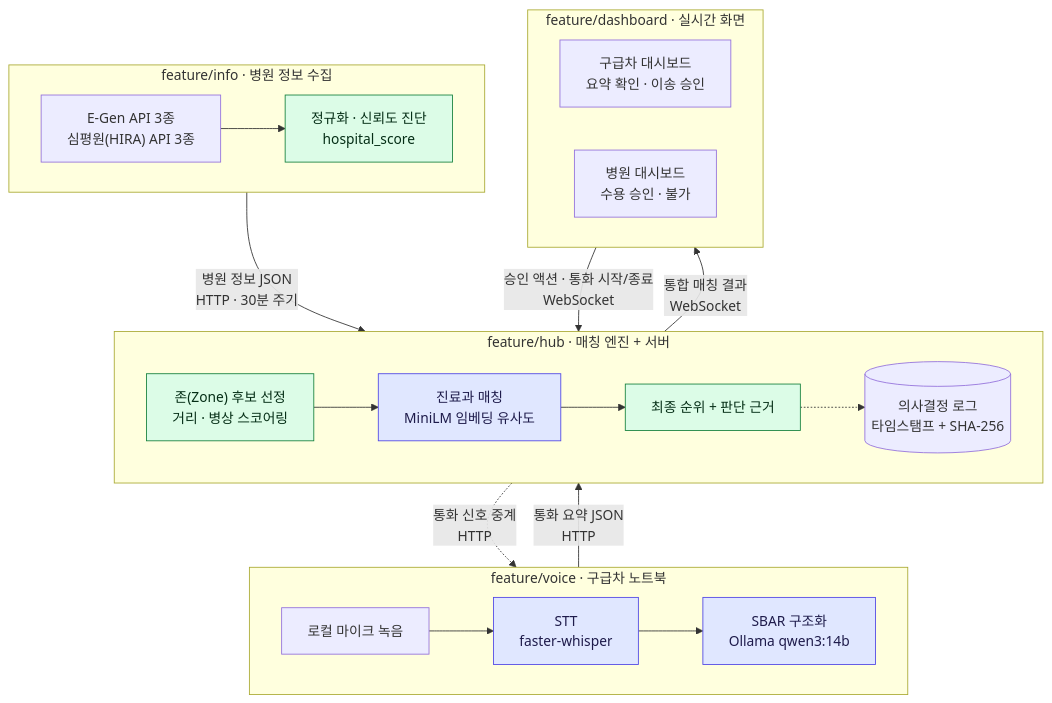
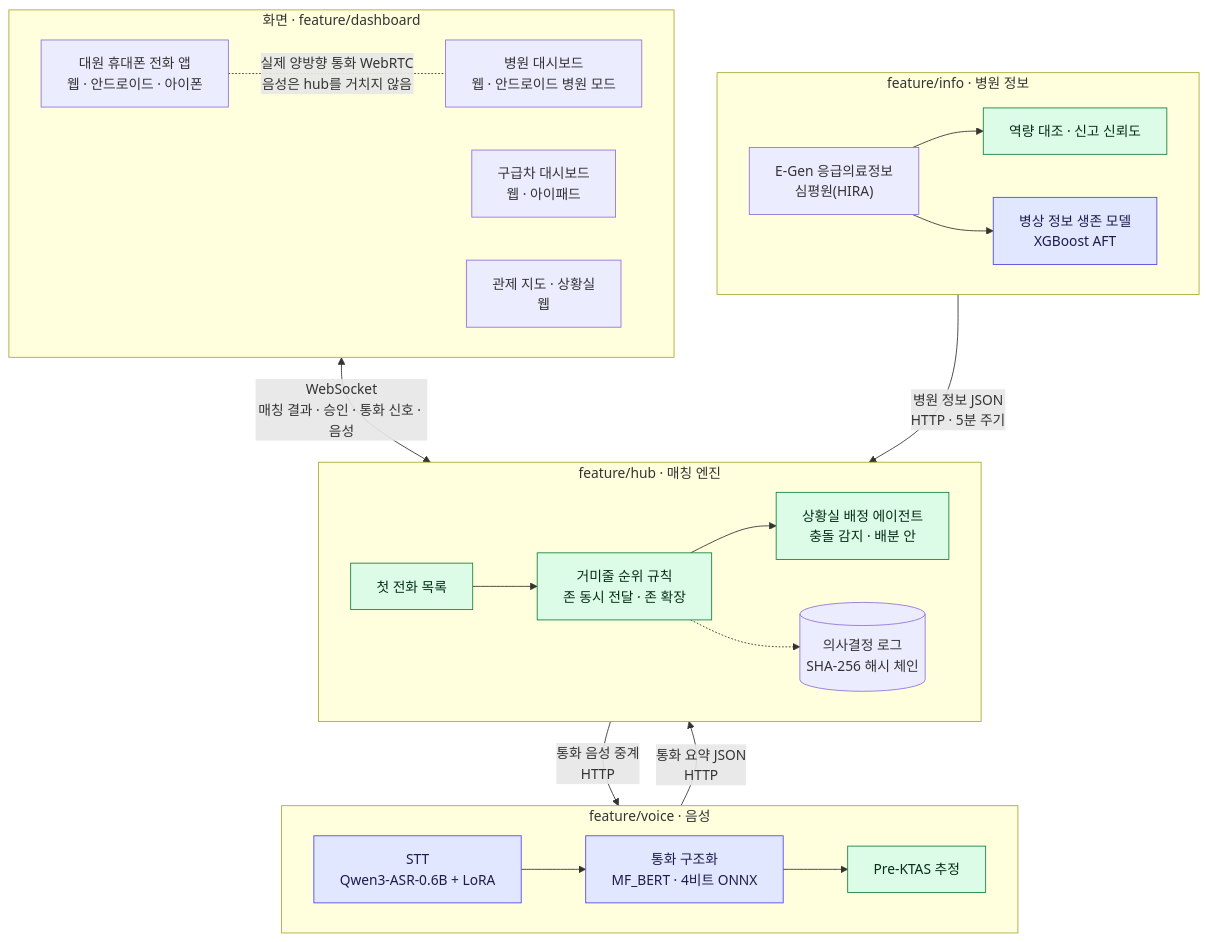
One commit to podongchip-stack/AIRookie changed the diagram in README.md. Above: the diagram before and after it, drawn with Mermaid. The commit also changed other lines of this file, not shown here.

````diff
--- a/README.md
+++ b/README.md
@@ -30,35 +79,38 @@
 ```mermaid
 flowchart TB
-    subgraph V["feature/voice · 구급차 노트북"]
+    subgraph C["화면 · feature/dashboard"]
         direction LR
-        MIC["로컬 마이크 녹음"] --> STT["STT<br/>faster-whisper"] --> SBAR["SBAR 구조화<br/>Ollama qwen3:14b"]
+        PHONE["대원 휴대폰 전화 앱<br/>웹 · 안드로이드 · 아이폰"]
+        AMB["구급차 대시보드<br/>웹 · 아이패드"]
+        HOS["병원 대시보드<br/>웹 · 안드로이드 병원 모드"]
+        MAP["관제 지도 · 상황실<br/>웹"]
     end
 
-    subgraph I["feature/info · 병원 정보 수집"]
+    subgraph V["feature/voice · 음성"]
         direction LR
-        API["E-Gen API 3종<br/>심평원(HIRA) API 3종"] --> NORM["정규화 · 신뢰도 진단<br/>hospital_score"]
+        STT["STT<br/>Qwen3-ASR-0.6B + LoRA"] --> MF["통화 구조화<br/>MF_BERT · 4비트 ONNX"] --> PK["Pre-KTAS 추정"]
     end
 
-    subgraph H["feature/hub · 매칭 엔진 + 서버"]
+    subgraph I["feature/info · 병원 정보"]
         direction LR
-        ZONE["존(Zone) 후보 선정<br/>거리 · 병상 스코어링"] --> SPEC["진료과 매칭<br/>MiniLM 임베딩 유사도"] --> RANK["최종 순위 + 판단 근거"]
-        RANK -.-> LOG[("의사결정 로그<br/>타임스탬프 + SHA-256")]
+        SRC["E-Gen 응급의료정보<br/>심평원(HIRA)"] --> CAP["역량 대조 · 신고 신뢰도"]
+        SRC --> SURV["병상 정보 생존 모델<br/>XGBoost AFT"]
     end
 
-    subgraph D["feature/dashboard · 실시간 화면"]
+    subgraph H["feature/hub · 매칭 엔진"]
         direction LR
-        AMB["구급차 대시보드<br/>요약 확인 · 이송 승인"]
-        HOS["병원 대시보드<br/>수용 승인 · 불가"]
+        FC["첫 전화 목록"] --> SP["거미줄 순위 규칙<br/>존 동시 전달 · 존 확장"] --> AG["상황실 배정 에이전트<br/>충돌 감지 · 배분 안"]
+        SP -.-> LOG[("의사결정 로그<br/>SHA-256 해시 체인")]
     end
 
+    C <-->|"WebSocket<br/>매칭 결과 · 승인 · 통화 신호 · 음성"| H
+    H -->|"통화 음성 중계<br/>HTTP"| V
     V -->|"통화 요약 JSON<br/>HTTP"| H
-    I -->|"병원 정보 JSON<br/>HTTP · 30분 주기"| H
-    H -->|"통합 매칭 결과<br/>WebSocket"| D
-    D -->|"승인 액션 · 통화 시작/종료<br/>WebSocket"| H
-    H -.->|"통화 신호 중계<br/>HTTP"| V
+    I -->|"병원 정보 JSON<br/>HTTP · 5분 주기"| H
+    PHONE -.-|"실제 양방향 통화 WebRTC<br/>음성은 hub를 거치지 않음"| HOS
 
     classDef ai fill:#e0e7ff,stroke:#4f46e5,color:#1e1b4b
     classDef rule fill:#dcfce7,stroke:#15803d,color:#052e16
-    class STT,SBAR,SPEC ai
-    class ZONE,RANK,NORM rule
+    class STT,MF,SURV ai
+    class PK,CAP,FC,SP,AG rule
 ```
````
